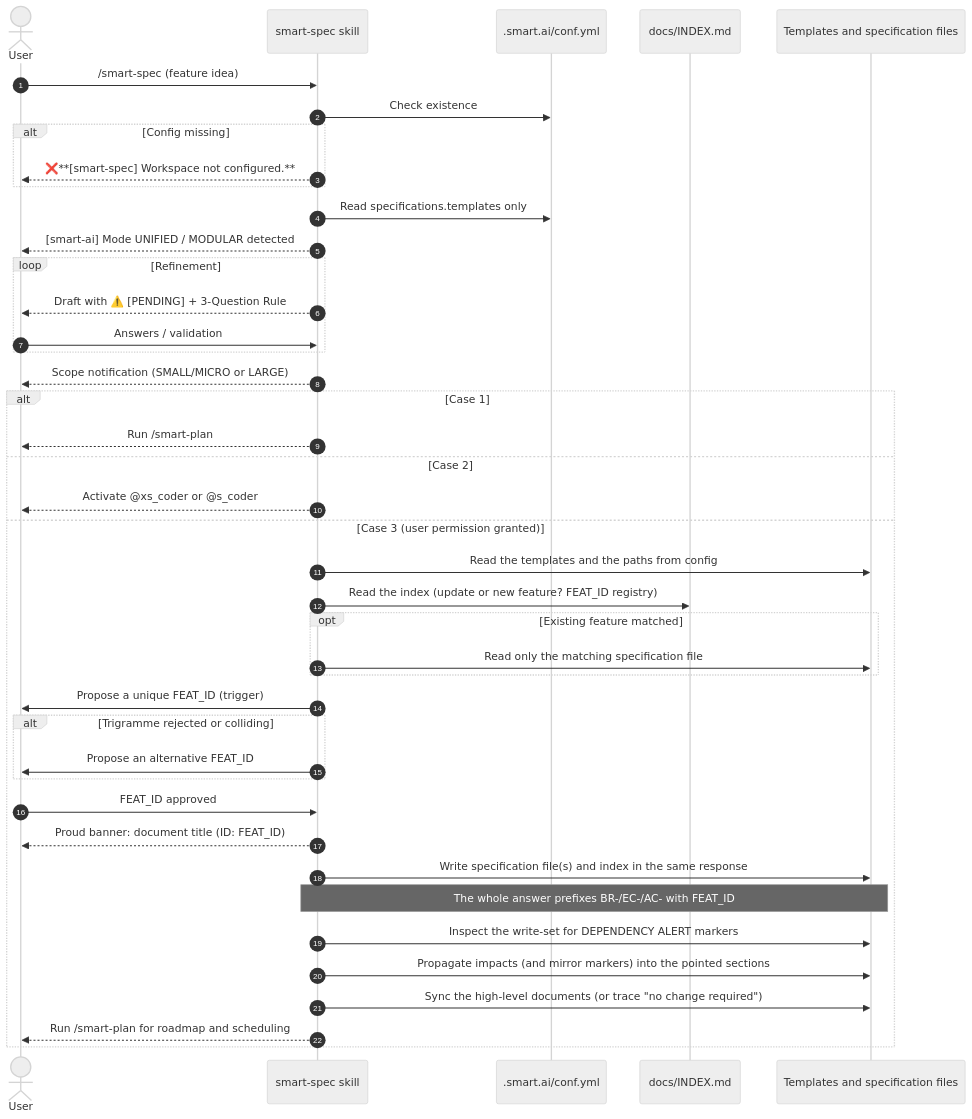
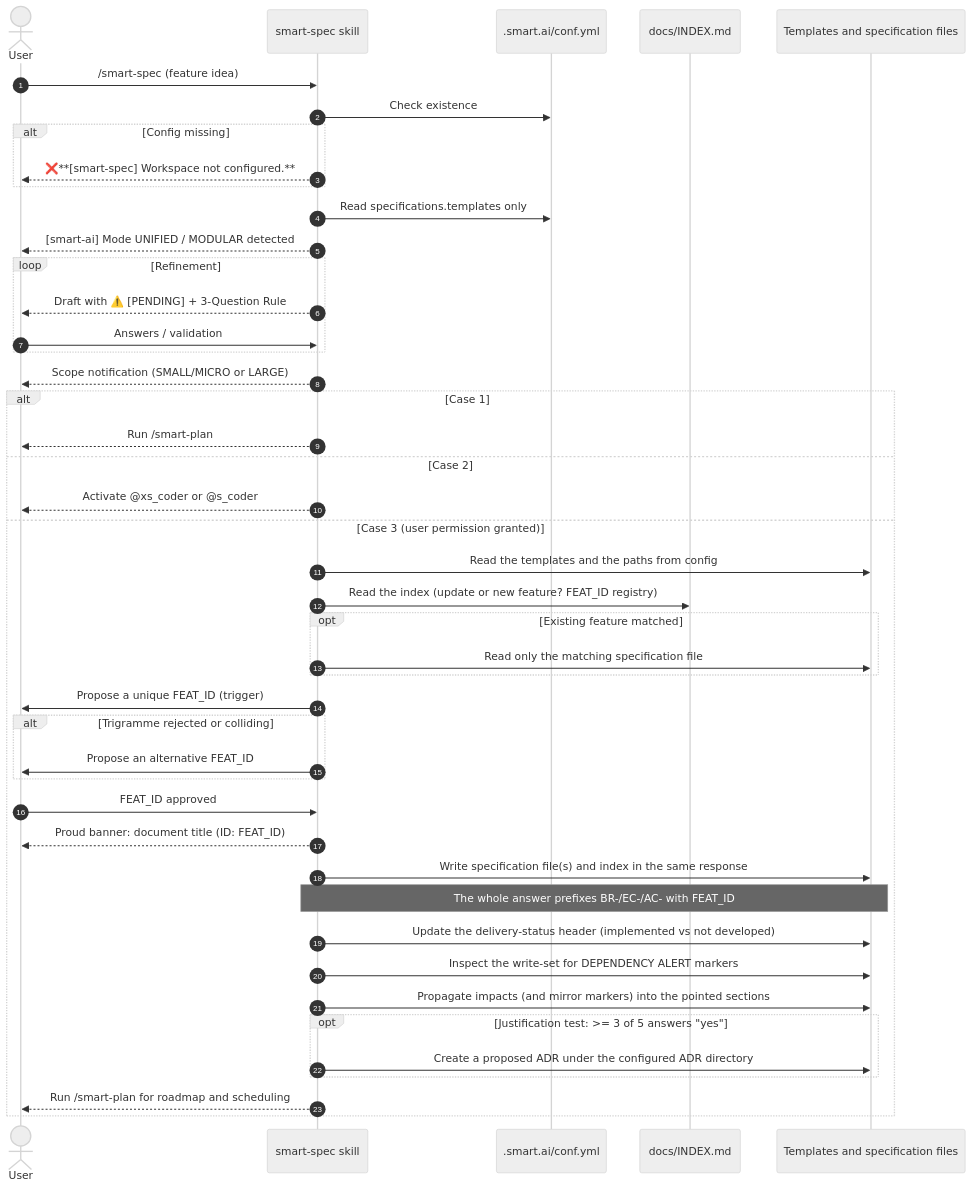
Before and after one commit to fletort/smart-ai-factory: the second of 2 diagrams in docs/specs/smart-spec.md, drawn with Mermaid (neutral theme). The commit also changed other lines of this file and 10 other files, not shown here.

````diff
--- a/docs/specs/smart-spec.md
+++ b/docs/specs/smart-spec.md
@@ -221,45 +270,48 @@
   ```mermaid
   sequenceDiagram
       autonumber
       actor User
       participant Skill as smart-spec skill
       participant Cfg as .smart.ai/conf.yml
       participant Idx as docs/INDEX.md
       participant Specs as Templates and specification files
 
       User->>Skill: /smart-spec (feature idea)
       Skill->>Cfg: Check existence
       alt Config missing
           Skill-->>User: ❌**[smart-spec] Workspace not configured.**
       end
       Skill->>Cfg: Read specifications.templates only
       Skill-->>User: [smart-ai] Mode UNIFIED / MODULAR detected
       loop Refinement
           Skill-->>User: Draft with ⚠️ [PENDING] + 3-Question Rule
           User->>Skill: Answers / validation
       end
       Skill-->>User: Scope notification (SMALL/MICRO or LARGE)
       alt Case 1
           Skill-->>User: Run /smart-plan
       else Case 2
           Skill-->>User: Activate @xs_coder or @s_coder
       else Case 3 (user permission granted)
           Skill->>Specs: Read the templates and the paths from config
           Skill->>Idx: Read the index (update or new feature? FEAT_ID registry)
           opt Existing feature matched
               Skill->>Specs: Read only the matching specification file
           end
           Skill->>User: Propose a unique FEAT_ID (trigger)
           alt Trigramme rejected or colliding
               Skill->>User: Propose an alternative FEAT_ID
           end
           User->>Skill: FEAT_ID approved
           Skill-->>User: Proud banner: document title (ID: FEAT_ID)
           Skill->>Specs: Write specification file(s) and index in the same response
           Note over Skill,Specs: The whole answer prefixes BR-/EC-/AC- with FEAT_ID
+          Skill->>Specs: Update the delivery-status header (implemented vs not developed)
           Skill->>Specs: Inspect the write-set for DEPENDENCY ALERT markers
           Skill->>Specs: Propagate impacts (and mirror markers) into the pointed sections
-          Skill->>Specs: Sync the high-level documents (or trace "no change required")
+          opt Justification test: >= 3 of 5 answers "yes"
+              Skill->>Specs: Create a proposed ADR under the configured ADR directory
+          end
           Skill-->>User: Run /smart-plan for roadmap and scheduling
       end
   ```
````
